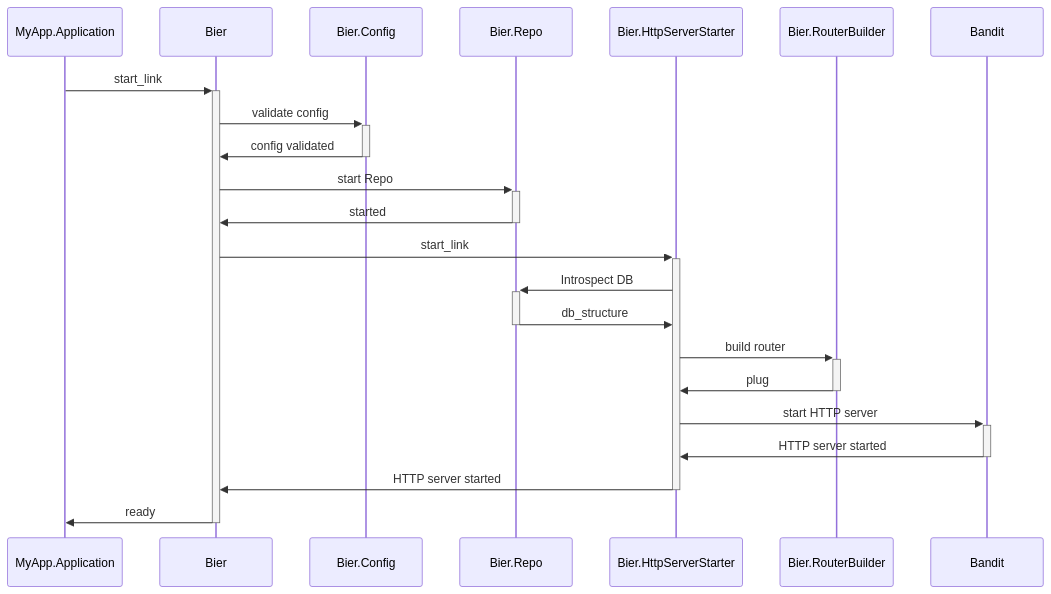
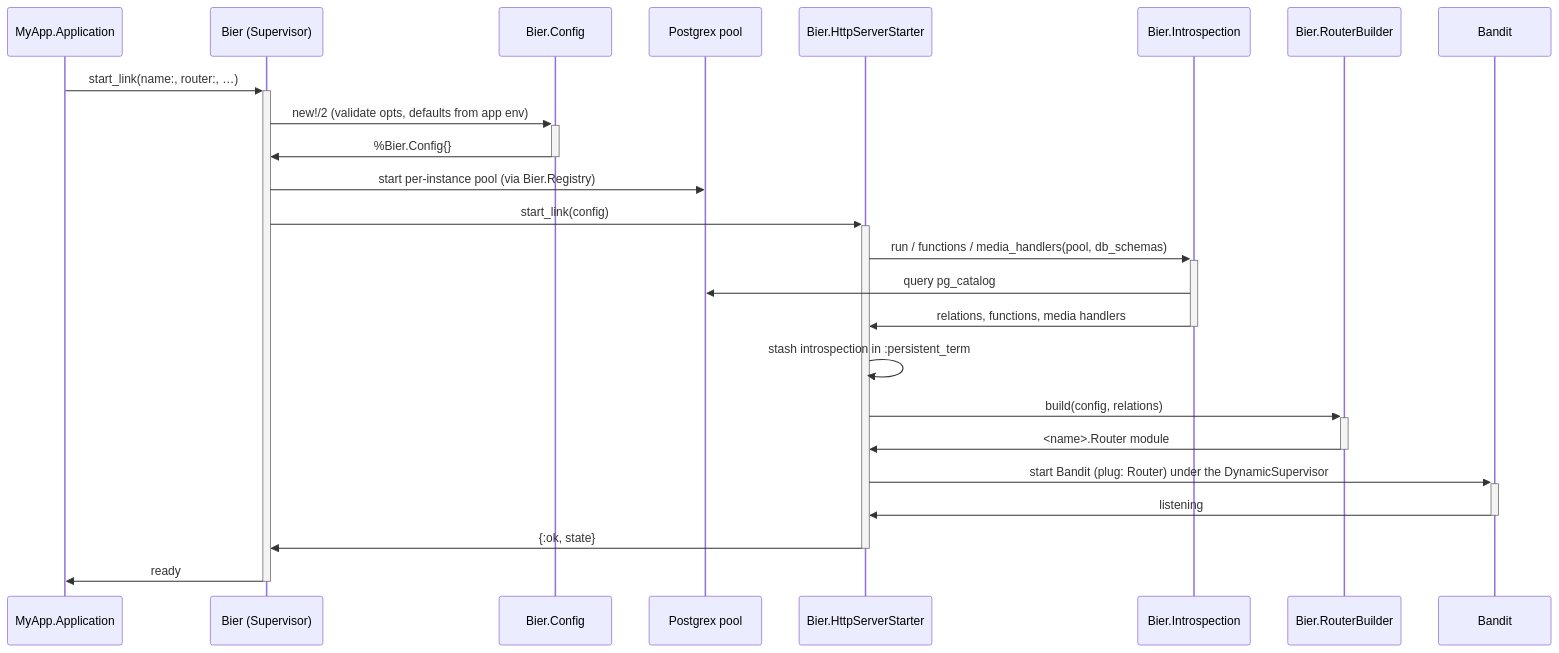
The first of 2 diagrams in README.md (milmazz/bier), drawn with Mermaid before and after one commit. The commit also changed other lines of this file and 1 other file, not shown here.

First line of the commit message:
docs: refresh README + CLAUDE.md to match current architecture

````diff
--- a/README.md
+++ b/README.md
@@ -31,24 +121,26 @@
 ```mermaid
 sequenceDiagram
     participant A as MyApp.Application
-    participant B as Bier
+    participant B as Bier (Supervisor)
     participant C as Bier.Config
-    participant D as Bier.Repo
+    participant P as Postgrex pool
     participant E as Bier.HttpServerStarter
+    participant I as Bier.Introspection
     participant F as Bier.RouterBuilder
     participant G as Bandit
-    A->>+B: start_link
-    B->>+C: validate config
-    C->>-B: config validated
-    B->>+D: start Repo
-    D->>-B: started
-    B->>+E: start_link
-    E->>+D: Introspect DB
-    D->>-E: db_structure
-    E->>+F: build router
-    F->>-E: plug
-    E->>+G: start HTTP server
-    G->>-E: HTTP server started
-    E->>-B: HTTP server started
+    A->>+B: start_link(name:, router:, …)
+    B->>+C: new!/2 (validate opts, defaults from app env)
+    C->>-B: %Bier.Config{}
+    B->>P: start per-instance pool (via Bier.Registry)
+    B->>+E: start_link(config)
+    E->>+I: run / functions / media_handlers(pool, db_schemas)
+    I->>P: query pg_catalog
+    I->>-E: relations, functions, media handlers
+    E->>E: stash introspection in :persistent_term
+    E->>+F: build(config, relations)
+    F->>-E: <name>.Router module
+    E->>+G: start Bandit (plug: Router) under the DynamicSupervisor
+    G->>-E: listening
+    E->>-B: {:ok, state}
     B->>-A: ready
 ```
````
